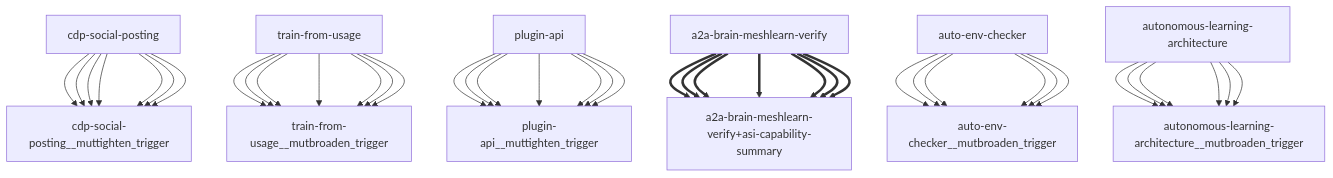
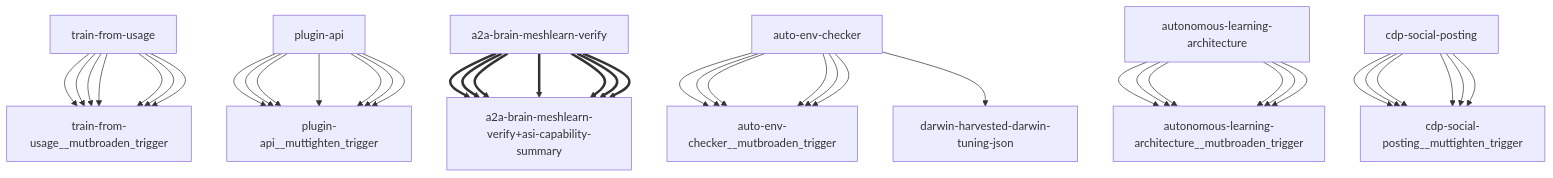
Before and after one commit to openamer/openamer: the diagram in reports/darwin-report.md, drawn with Mermaid. The commit also changed other lines of this file and 14 other files, not shown here.

````diff
--- a/reports/darwin-report.md
+++ b/reports/darwin-report.md
@@ -66,43 +66,43 @@
 ```mermaid
 graph TD
-    cdp-social-posting["cdp-social-posting"] --> cdp-social-posting__muttighten_trigger["cdp-social-posting__muttighten_trigger"]
     train-from-usage["train-from-usage"] --> train-from-usage__mutbroaden_trigger["train-from-usage__mutbroaden_trigger"]
     plugin-api["plugin-api"] --> plugin-api__muttighten_trigger["plugin-api__muttighten_trigger"]
     a2a-brain-meshlearn-verify["a2a-brain-meshlearn-verify"] ==> a2a-brain-meshlearn-verify+asi-capability-summary["a2a-brain-meshlearn-verify+asi-capability-summary"]
     auto-env-checker["auto-env-checker"] --> auto-env-checker__mutbroaden_trigger["auto-env-checker__mutbroaden_trigger"]
     autonomous-learning-architecture["autonomous-learning-architecture"] --> autonomous-learning-architecture__mutbroaden_trigger["autonomous-learning-architecture__mutbroaden_trigger"]
     cdp-social-posting["cdp-social-posting"] --> cdp-social-posting__muttighten_trigger["cdp-social-posting__muttighten_trigger"]
     train-from-usage["train-from-usage"] --> train-from-usage__mutbroaden_trigger["train-from-usage__mutbroaden_trigger"]
     plugin-api["plugin-api"] --> plugin-api__muttighten_trigger["plugin-api__muttighten_trigger"]
     a2a-brain-meshlearn-verify["a2a-brain-meshlearn-verify"] ==> a2a-brain-meshlearn-verify+asi-capability-summary["a2a-brain-meshlearn-verify+asi-capability-summary"]
     auto-env-checker["auto-env-checker"] --> auto-env-checker__mutbroaden_trigger["auto-env-checker__mutbroaden_trigger"]
     autonomous-learning-architecture["autonomous-learning-architecture"] --> autonomous-learning-architecture__mutbroaden_trigger["autonomous-learning-architecture__mutbroaden_trigger"]
     cdp-social-posting["cdp-social-posting"] --> cdp-social-posting__muttighten_trigger["cdp-social-posting__muttighten_trigger"]
     train-from-usage["train-from-usage"] --> train-from-usage__mutbroaden_trigger["train-from-usage__mutbroaden_trigger"]
     plugin-api["plugin-api"] --> plugin-api__muttighten_trigger["plugin-api__muttighten_trigger"]
     a2a-brain-meshlearn-verify["a2a-brain-meshlearn-verify"] ==> a2a-brain-meshlearn-verify+asi-capability-summary["a2a-brain-meshlearn-verify+asi-capability-summary"]
     auto-env-checker["auto-env-checker"] --> auto-env-checker__mutbroaden_trigger["auto-env-checker__mutbroaden_trigger"]
     autonomous-learning-architecture["autonomous-learning-architecture"] --> autonomous-learning-architecture__mutbroaden_trigger["autonomous-learning-architecture__mutbroaden_trigger"]
     cdp-social-posting["cdp-social-posting"] --> cdp-social-posting__muttighten_trigger["cdp-social-posting__muttighten_trigger"]
     train-from-usage["train-from-usage"] --> train-from-usage__mutbroaden_trigger["train-from-usage__mutbroaden_trigger"]
     plugin-api["plugin-api"] --> plugin-api__muttighten_trigger["plugin-api__muttighten_trigger"]
     a2a-brain-meshlearn-verify["a2a-brain-meshlearn-verify"] ==> a2a-brain-meshlearn-verify+asi-capability-summary["a2a-brain-meshlearn-verify+asi-capability-summary"]
     auto-env-checker["auto-env-checker"] --> auto-env-checker__mutbroaden_trigger["auto-env-checker__mutbroaden_trigger"]
     autonomous-learning-architecture["autonomous-learning-architecture"] --> autonomous-learning-architecture__mutbroaden_trigger["autonomous-learning-architecture__mutbroaden_trigger"]
     cdp-social-posting["cdp-social-posting"] --> cdp-social-posting__muttighten_trigger["cdp-social-posting__muttighten_trigger"]
     train-from-usage["train-from-usage"] --> train-from-usage__mutbroaden_trigger["train-from-usage__mutbroaden_trigger"]
     plugin-api["plugin-api"] --> plugin-api__muttighten_trigger["plugin-api__muttighten_trigger"]
     a2a-brain-meshlearn-verify["a2a-brain-meshlearn-verify"] ==> a2a-brain-meshlearn-verify+asi-capability-summary["a2a-brain-meshlearn-verify+asi-capability-summary"]
+    auto-env-checker["auto-env-checker"] --> darwin-harvested-darwin-tuning-json["darwin-harvested-darwin-tuning-json"]
     auto-env-checker["auto-env-checker"] --> auto-env-checker__mutbroaden_trigger["auto-env-checker__mutbroaden_trigger"]
     autonomous-learning-architecture["autonomous-learning-architecture"] --> autonomous-learning-architecture__mutbroaden_trigger["autonomous-learning-architecture__mutbroaden_trigger"]
     cdp-social-posting["cdp-social-posting"] --> cdp-social-posting__muttighten_trigger["cdp-social-posting__muttighten_trigger"]
     train-from-usage["train-from-usage"] --> train-from-usage__mutbroaden_trigger["train-from-usage__mutbroaden_trigger"]
     plugin-api["plugin-api"] --> plugin-api__muttighten_trigger["plugin-api__muttighten_trigger"]
     a2a-brain-meshlearn-verify["a2a-brain-meshlearn-verify"] ==> a2a-brain-meshlearn-verify+asi-capability-summary["a2a-brain-meshlearn-verify+asi-capability-summary"]
     auto-env-checker["auto-env-checker"] --> auto-env-checker__mutbroaden_trigger["auto-env-checker__mutbroaden_trigger"]
     autonomous-learning-architecture["autonomous-learning-architecture"] --> autonomous-learning-architecture__mutbroaden_trigger["autonomous-learning-architecture__mutbroaden_trigger"]
     cdp-social-posting["cdp-social-posting"] --> cdp-social-posting__muttighten_trigger["cdp-social-posting__muttighten_trigger"]
     train-from-usage["train-from-usage"] --> train-from-usage__mutbroaden_trigger["train-from-usage__mutbroaden_trigger"]
     plugin-api["plugin-api"] --> plugin-api__muttighten_trigger["plugin-api__muttighten_trigger"]
     a2a-brain-meshlearn-verify["a2a-brain-meshlearn-verify"] ==> a2a-brain-meshlearn-verify+asi-capability-summary["a2a-brain-meshlearn-verify+asi-capability-summary"]
 ```
````
